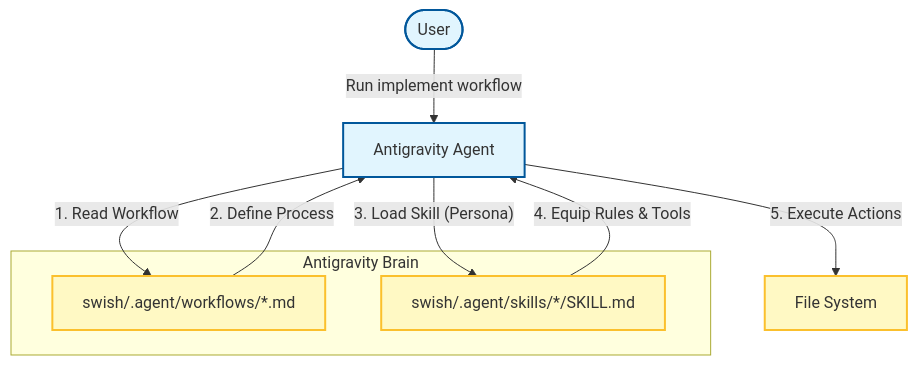
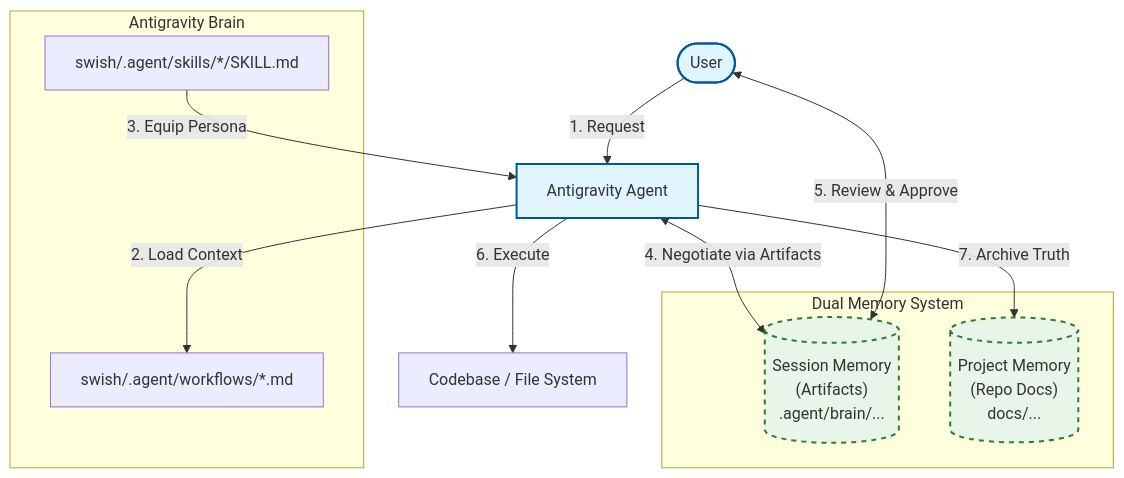
Before and after one commit to RimmonXIA/antigravity-workflows: the diagram in docs/PROJECT_ARCHITECTURE.md, drawn with Mermaid. The commit also changed 2 other files, not shown here.

Commit message:
feat: Introduce the Dual Memory system and detail interactive artifacts for agent-user collaboration.

````diff
--- a/docs/PROJECT_ARCHITECTURE.md
+++ b/docs/PROJECT_ARCHITECTURE.md
@@ -5,30 +5,39 @@
 ```mermaid
 graph TD
     %% Actors
     User([User])
     Agent[Antigravity Agent]
-    FileSystem[File System]
+    
+    subgraph "Dual Memory System"
+        SessionMem[("Session Memory\n(Artifacts)\n.agent/brain/...")]
+        ProjectMem[("Project Memory\n(Repo Docs)\ndocs/...")]
+    end
+    
+    FileSystem[Codebase / File System]
 
     %% Flow
-    User --> |"Run implement workflow"| Agent
+    User --> |"1. Request"| Agent
     
     subgraph "Antigravity Brain"
         Workflows["swish/.agent/workflows/*.md"]
         Skills["swish/.agent/skills/*/SKILL.md"]
     end
 
-    Agent --> |"1. Read Workflow"| Workflows
-    Workflows --> |"2. Define Process"| Agent
+    Agent --> |"2. Load Context"| Workflows
+    Skills --> |"3. Equip Persona"| Agent
+
+    %% Interaction Loop
+    Agent <--> |"4. Negotiate via Artifacts"| SessionMem
+    SessionMem <--> |"5. Review & Approve"| User
     
-    Agent --> |"3. Load Skill (Persona)"| Skills
-    Skills --> |"4. Equip Rules & Tools"| Agent
-
-    Agent --> |"5. Execute Actions"| FileSystem
+    %% Execution
+    Agent --> |"6. Execute"| FileSystem
+    Agent --> |"7. Archive Truth"| ProjectMem
 
     %% Styling
     classDef actor fill:#e1f5fe,stroke:#01579b,stroke-width:2px;
-    classDef resource fill:#fff9c4,stroke:#fbc02d,stroke-width:2px;
+    classDef memory fill:#e8f5e9,stroke:#2e7d32,stroke-width:2px,stroke-dasharray: 5 5;
     
     class User,Agent actor;
-    class Workflows,Skills,FileSystem resource;
+    class SessionMem,ProjectMem memory;
 ```
````
